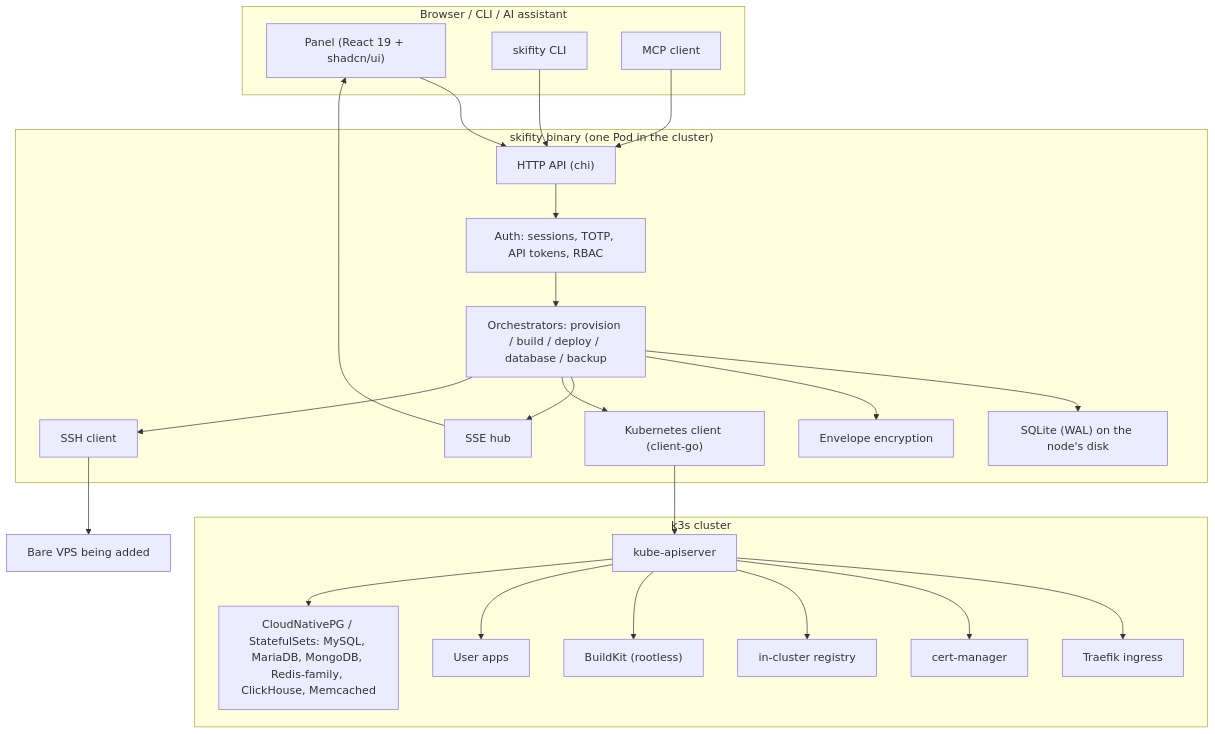
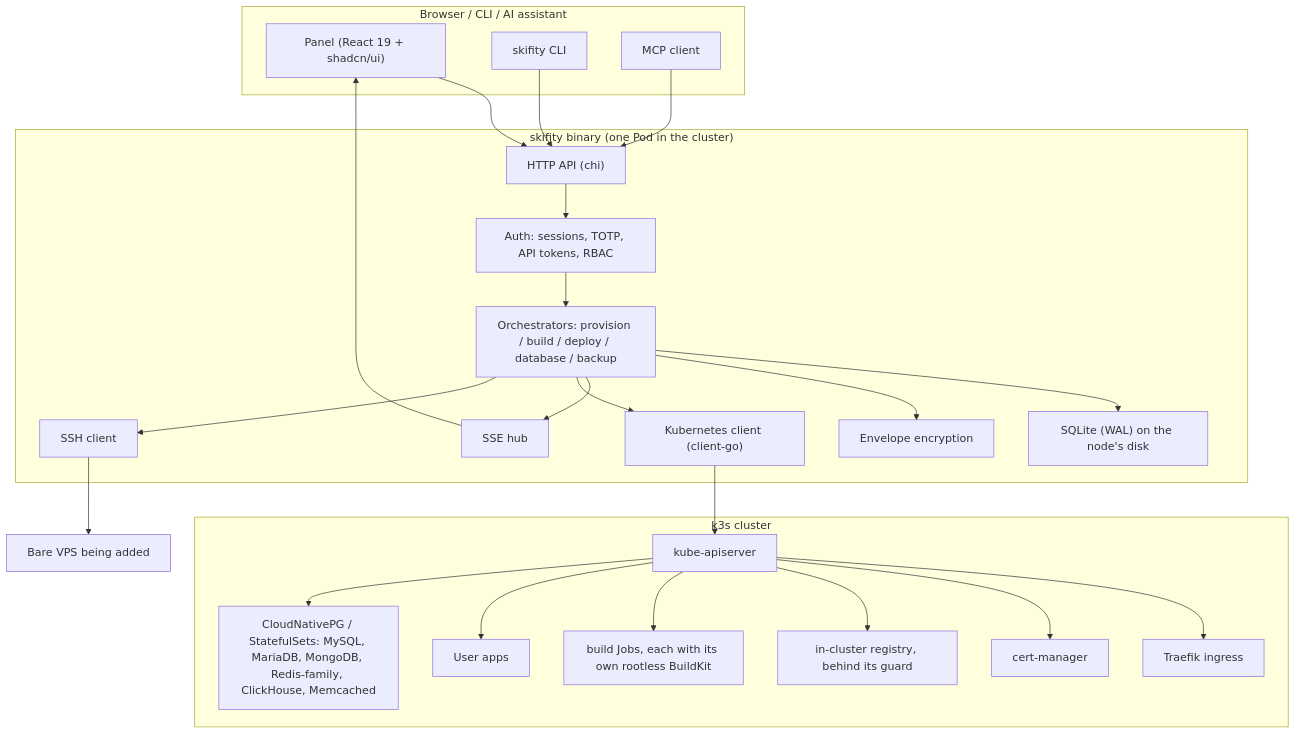
The first of 4 diagrams in docs/architecture.md (Skifity/Skifity), drawn with Mermaid before and after one commit. The commit also changed other lines of this file and 8 other files, not shown here.

````diff
--- a/docs/architecture.md
+++ b/docs/architecture.md
@@ -59,42 +59,42 @@
 ```mermaid
 flowchart TB
     subgraph browser["Browser / CLI / AI assistant"]
         UI["Panel (React 19 + shadcn/ui)"]
         CLI["skifity CLI"]
         MCP["MCP client"]
     end
 
     subgraph panel["skifity binary (one Pod in the cluster)"]
         API["HTTP API (chi)"]
         AUTH["Auth: sessions, TOTP, API tokens, RBAC"]
         CRYPTO["Envelope encryption"]
         STORE["SQLite (WAL) on the node's disk"]
         EVENTS["SSE hub"]
         ORCH["Orchestrators: provision / build / deploy / database / backup"]
         KUBE["Kubernetes client (client-go)"]
         SSH["SSH client"]
     end
 
     subgraph cluster["k3s cluster"]
         APIsrv["kube-apiserver"]
         TRAEFIK["Traefik ingress"]
         CM["cert-manager"]
-        REG["in-cluster registry"]
-        BK["BuildKit (rootless)"]
+        REG["in-cluster registry, behind its guard"]
+        BK["build Jobs, each with its own rootless BuildKit"]
         APPS["User apps"]
         DBS["CloudNativePG / StatefulSets: MySQL, MariaDB, MongoDB, Redis-family, ClickHouse, Memcached"]
     end
 
     VPS["Bare VPS being added"]
 
     UI --> API
     CLI --> API
     MCP --> API
     API --> AUTH --> ORCH
     ORCH --> STORE
     ORCH --> CRYPTO
     ORCH --> EVENTS --> UI
     ORCH --> KUBE --> APIsrv
     ORCH --> SSH --> VPS
     APIsrv --> TRAEFIK & CM & REG & BK & APPS & DBS
 ```
````
